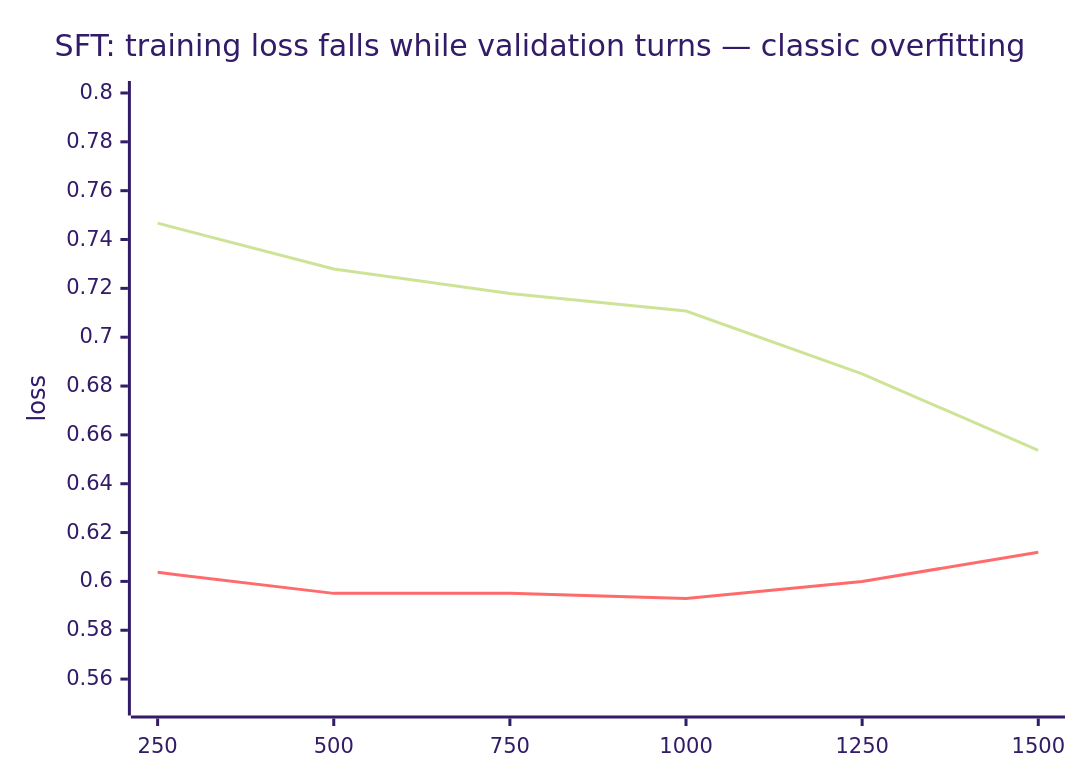
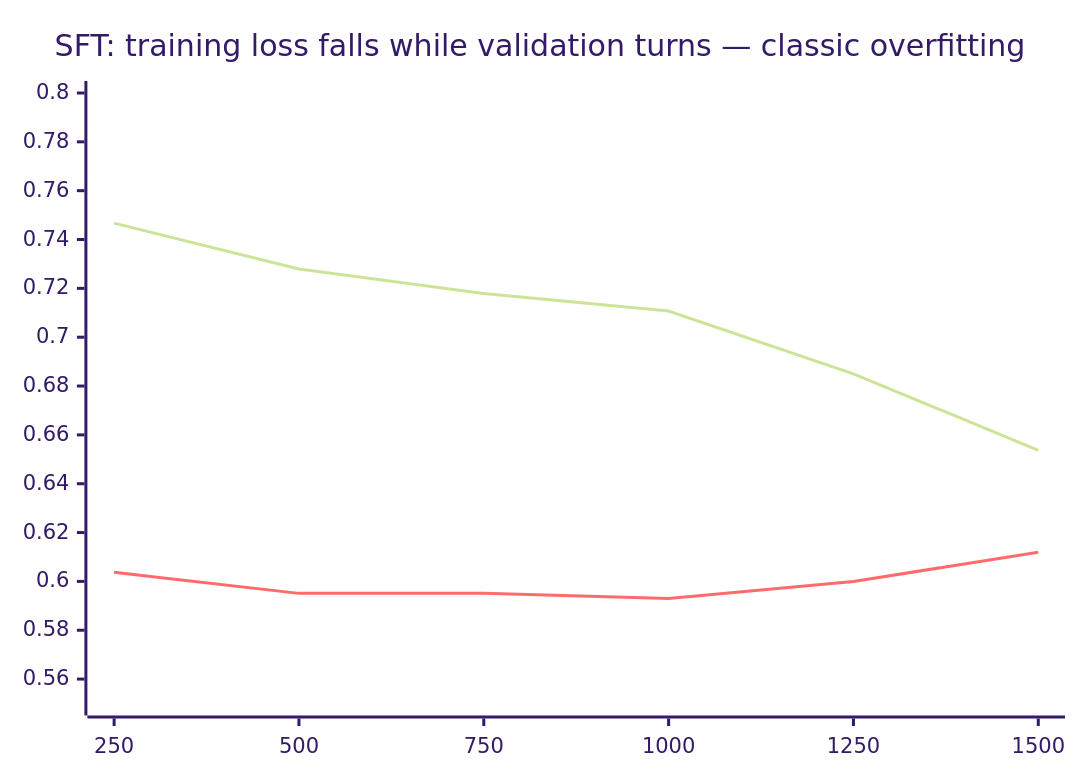
Before and after one commit to Otto-Destiny/mufasa: diagram 13 of 19 in README.md, drawn with Mermaid (forest theme). The commit also changed other lines of this file, not shown here.

First line of the commit message:
docs: fix unreadable diagram node and clipped chart axes

````diff
--- a/README.md
+++ b/README.md
@@ -467,8 +467,8 @@
 ```mermaid
 xychart-beta
     title "SFT: training loss falls while validation turns — classic overfitting"
-    x-axis ["250", "500", "750", "1000", "1250", "1500"]
-    y-axis "loss" 0.55 --> 0.80
+    x-axis [250, 500, 750, 1000, 1250, 1500]
+    y-axis 0.55 --> 0.80
     line [0.7467, 0.7279, 0.7179, 0.7107, 0.6850, 0.6537]
     line [0.6037, 0.5951, 0.5951, 0.5930, 0.6000, 0.6119]
 ```
````
